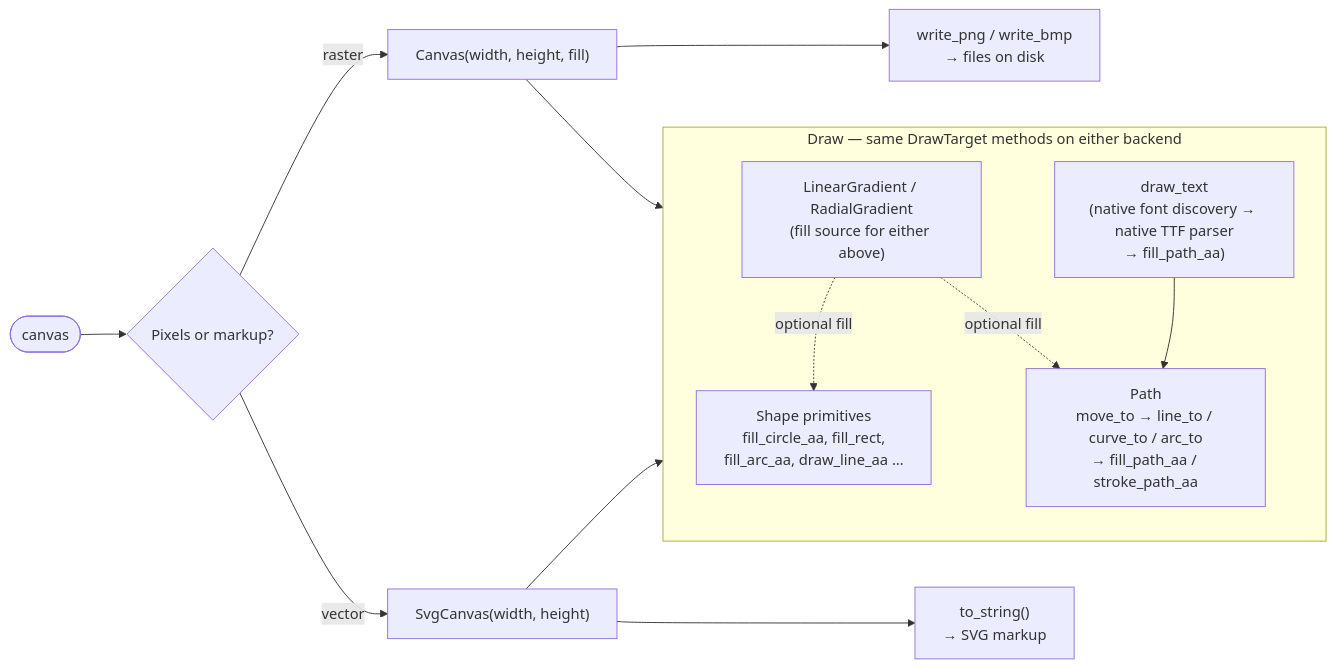
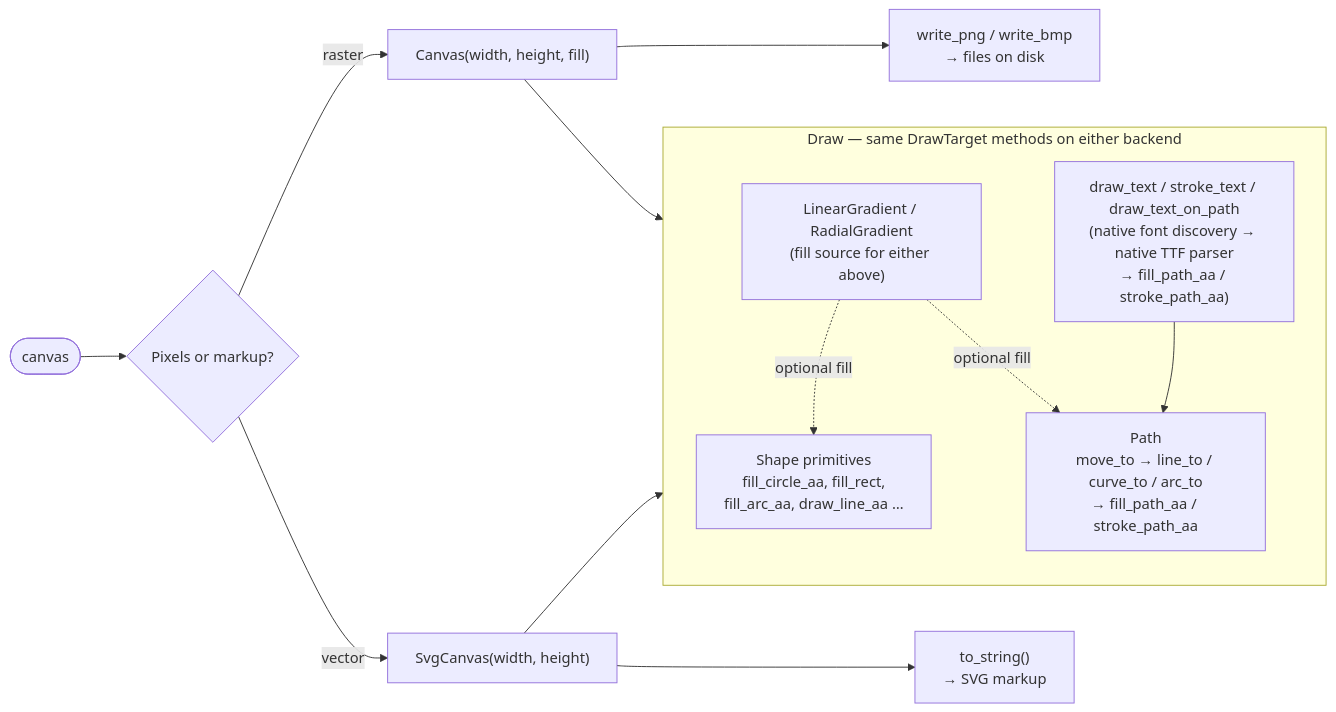
One commit to randyzwitch/canvas_mojo changed the diagram in README.md. Above: the diagram before and after it, drawn with Mermaid. The commit also changed 11 other files, not shown here.

````diff
--- a/README.md
+++ b/README.md
@@ -65,25 +65,25 @@
 ```mermaid
 flowchart LR
     Start(["canvas"]) --> Pick{"Pixels or markup?"}
 
     Pick -->|"raster"| Canvas["Canvas(width, height, fill)"]
     Pick -->|"vector"| Svg["SvgCanvas(width, height)"]
 
     Canvas --> Draw
     Svg --> Draw
 
     subgraph Draw["Draw — same DrawTarget methods on either backend"]
         direction TB
         Prim["Shape primitives<br/>fill_circle_aa, fill_rect,<br/>fill_arc_aa, draw_line_aa …"]
         PathAPI["Path<br/>move_to → line_to / curve_to / arc_to<br/>→ fill_path_aa / stroke_path_aa"]
-        Text["draw_text<br/>(native font discovery → native TTF parser<br/>→ fill_path_aa)"]
+        Text["draw_text / stroke_text / draw_text_on_path<br/>(native font discovery → native TTF parser<br/>→ fill_path_aa / stroke_path_aa)"]
         Grad["LinearGradient / RadialGradient<br/>(fill source for either above)"]
 
         Text --> PathAPI
         Grad -.->|"optional fill"| Prim
         Grad -.->|"optional fill"| PathAPI
     end
 
     Canvas --> Png["write_png / write_bmp<br/>→ files on disk"]
     Svg --> Str["to_string()<br/>→ SVG markup"]
 ```
````
